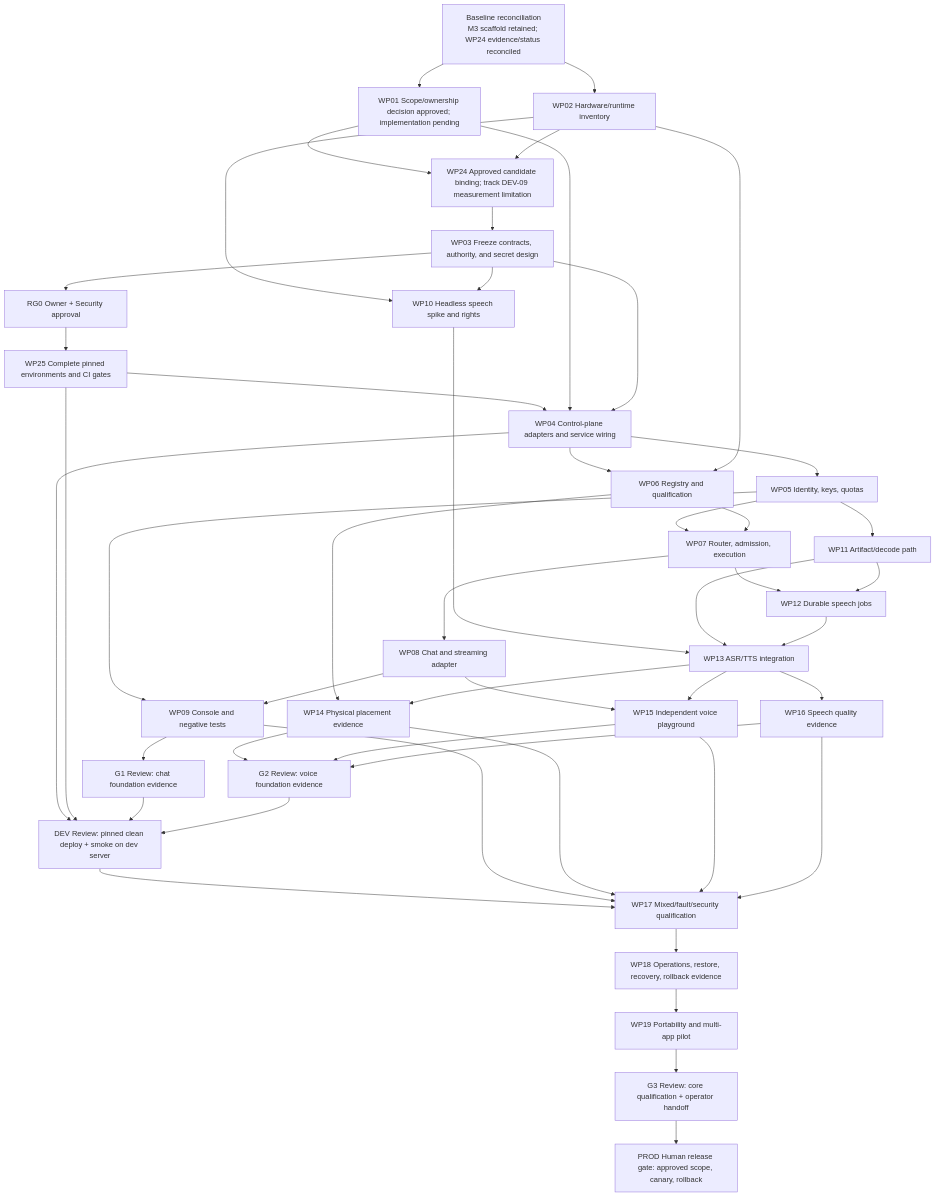
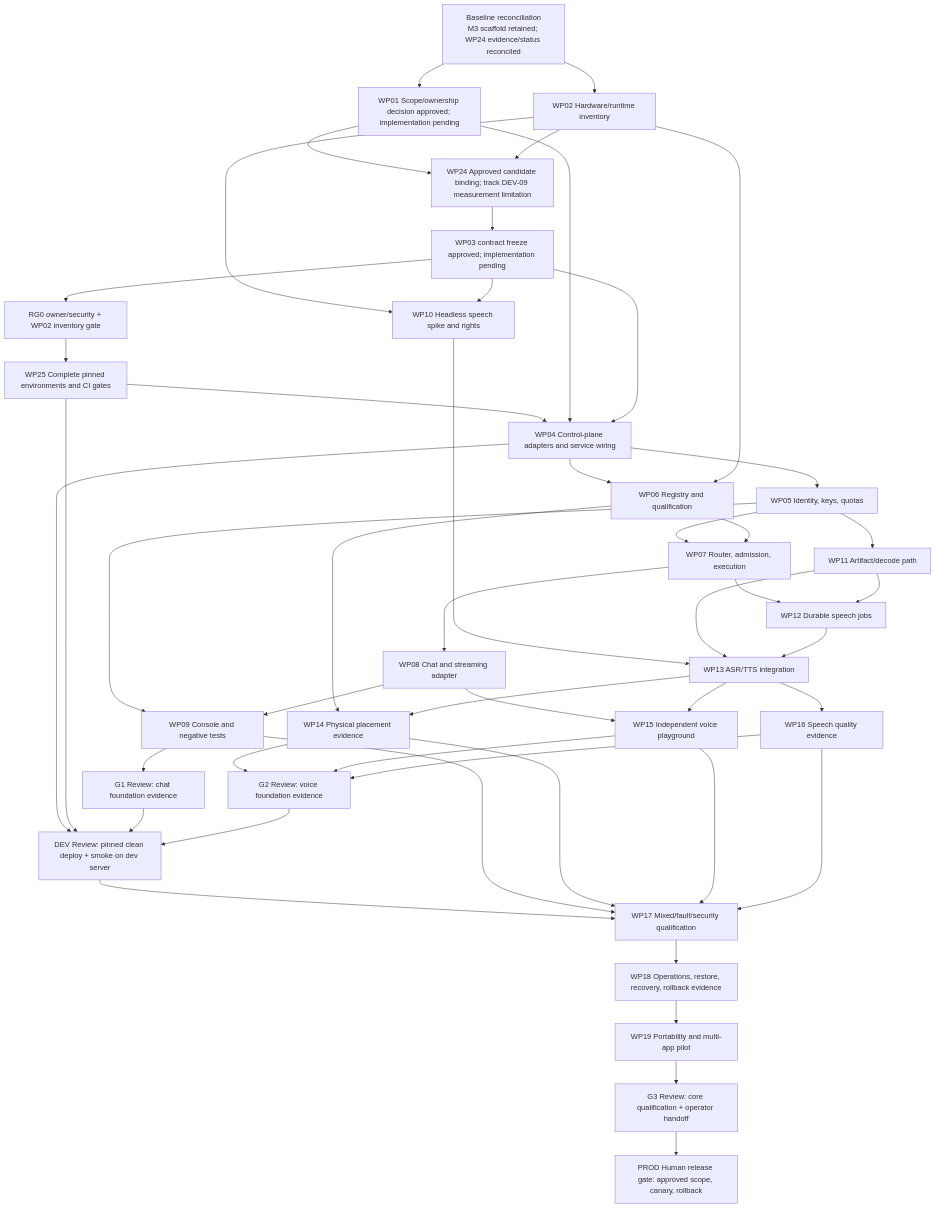
Before and after one commit to Freshair129/Private-Runtime-Platform: the diagram in docs/EXECUTION-DAG-PRP.md, drawn with Mermaid. The commit also changed other lines of this file and 17 other files, not shown here.

Commit message:
docs(wp03): freeze worker and management contracts

````diff
--- a/docs/EXECUTION-DAG-PRP.md
+++ b/docs/EXECUTION-DAG-PRP.md
@@ -39,80 +39,80 @@
 ```mermaid
 flowchart TD
   BASE["Baseline reconciliation<br/>M3 scaffold retained; WP24 evidence/status reconciled"]
   WP01["WP01 Scope/ownership decision approved; implementation pending"]
   WP02["WP02 Hardware/runtime inventory"]
   WP24["WP24 Approved candidate binding; track DEV-09 measurement limitation"]
-  WP03["WP03 Freeze contracts, authority, and secret design"]
-  RG0["RG0 Owner + Security approval"]
+  WP03["WP03 contract freeze approved; implementation pending"]
+  RG0["RG0 owner/security + WP02 inventory gate"]
   WP25["WP25 Complete pinned environments and CI gates"]
   WP04["WP04 Control-plane adapters and service wiring"]
   WP05["WP05 Identity, keys, quotas"]
   WP06["WP06 Registry and qualification"]
   WP07["WP07 Router, admission, execution"]
   WP08["WP08 Chat and streaming adapter"]
   WP09["WP09 Console and negative tests"]
   WP10["WP10 Headless speech spike and rights"]
   WP11["WP11 Artifact/decode path"]
   WP12["WP12 Durable speech jobs"]
   WP13["WP13 ASR/TTS integration"]
   WP14["WP14 Physical placement evidence"]
   WP15["WP15 Independent voice playground"]
   WP16["WP16 Speech quality evidence"]
   G1["G1 Review: chat foundation evidence"]
   G2["G2 Review: voice foundation evidence"]
   DEV["DEV Review: pinned clean deploy + smoke on dev server"]
   WP17["WP17 Mixed/fault/security qualification"]
   WP18["WP18 Operations, restore, recovery, rollback evidence"]
   WP19["WP19 Portability and multi-app pilot"]
   G3["G3 Review: core qualification + operator handoff"]
   PROD["PROD Human release gate: approved scope, canary, rollback"]
 
   BASE --> WP01
   BASE --> WP02
   WP01 --> WP24
   WP02 --> WP24
   WP24 --> WP03
   WP03 --> RG0
   RG0 --> WP25
   WP25 --> WP04
   WP01 --> WP04
   WP03 --> WP04
   WP04 --> WP05
   WP04 --> WP06
   WP02 --> WP06
   WP02 --> WP10
   WP03 --> WP10
   WP05 --> WP07
   WP06 --> WP07
   WP05 --> WP11
   WP07 --> WP08
   WP05 --> WP09
   WP08 --> WP09
   WP07 --> WP12
   WP11 --> WP12
   WP10 --> WP13
   WP11 --> WP13
   WP12 --> WP13
   WP06 --> WP14
   WP13 --> WP14
   WP08 --> WP15
   WP13 --> WP15
   WP13 --> WP16
   WP09 --> G1
   WP14 --> G2
   WP15 --> G2
   WP16 --> G2
   WP04 --> DEV
   WP25 --> DEV
   G1 --> DEV
   G2 --> DEV
   DEV --> WP17
   WP09 --> WP17
   WP14 --> WP17
   WP15 --> WP17
   WP16 --> WP17
   WP17 --> WP18
   WP18 --> WP19
   WP19 --> G3
   G3 --> PROD
 ```
````
